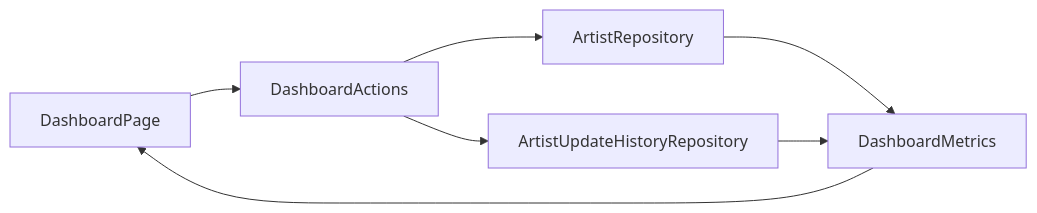
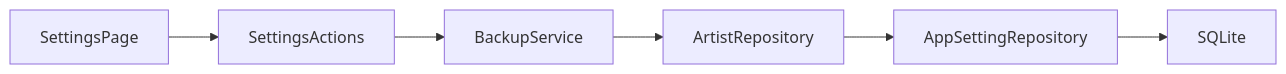
One commit to PKT0623/PixivLocalManager changed diagram 12 of 20 in docs/07_ARCHITECTURE.md. Above: the diagram before and after it, drawn with Mermaid. The commit also changed other lines of this file and 9 other files, not shown here.

````diff
--- a/docs/07_ARCHITECTURE.md
+++ b/docs/07_ARCHITECTURE.md
@@ -389,19 +476,10 @@
 ```mermaid
 flowchart LR
 
-DashboardPage
---> DashboardActions
+SettingsPage
+--> SettingsActions
+--> BackupService
 --> ArtistRepository
-
-DashboardActions
---> ArtistUpdateHistoryRepository
-
-ArtistRepository
---> DashboardMetrics
-
-ArtistUpdateHistoryRepository
---> DashboardMetrics
-
-DashboardMetrics
---> DashboardPage
+--> AppSettingRepository
+--> SQLite
 ```
````
